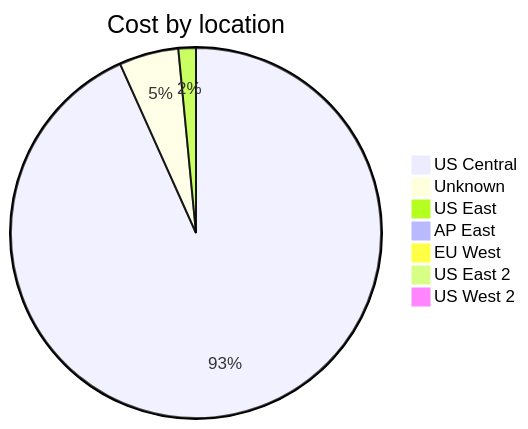
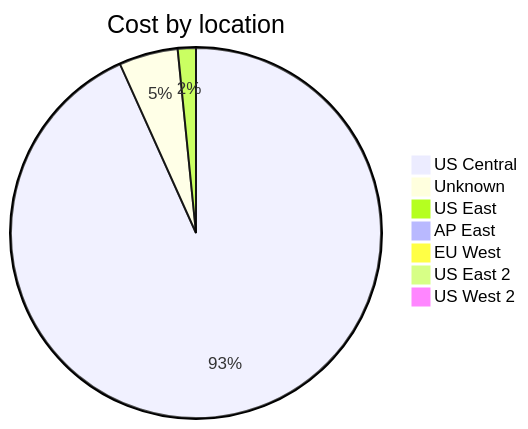
One commit to jpfulton/azure-personal-reports changed the third of 4 diagrams in cost-reports/accumulated-cost.md. Above: the diagram before and after it, drawn with Mermaid. The commit also changed other lines of this file and 4 other files, not shown here.

````diff
--- a/cost-reports/accumulated-cost.md
+++ b/cost-reports/accumulated-cost.md
@@ -123,11 +123,11 @@
 ```mermaid
 pie
    title Cost by location
-   "US Central" : 6.11
-   "Unknown" : 0.34
-   "US East" : 0.10
+   "US Central" : 7.07
+   "Unknown" : 0.39
+   "US East" : 0.12
    "AP East" : 0.00
    "EU West" : 0.00
    "US East 2" : 0.00
    "US West 2" : 0.00
 ```
````
